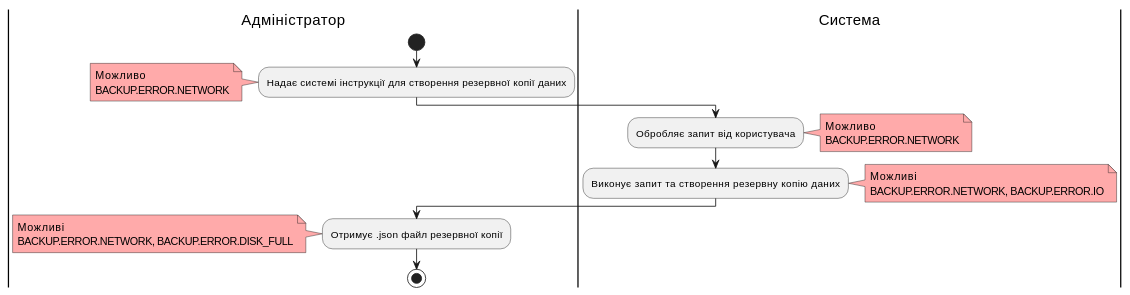
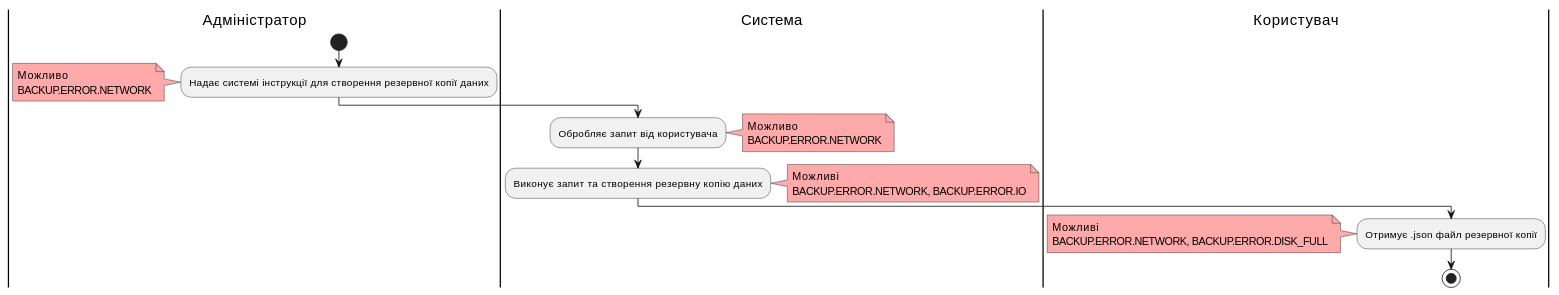
Before and after one commit to yarikkot04/Sup: diagram 21 of 23 in docs/use cases/README.md, drawn with PlantUML. The commit also changed other lines of this file and 1 other file, not shown here.

```diff
--- a/docs/use cases/README.md
+++ b/docs/use cases/README.md
@@ -948,29 +957,29 @@
 @startuml
 
     |Адміністратор|
       start
        :Надає системі інструкції для створення резервної копії даних;
         note left #ffaaaa
         Можливо
         BACKUP.ERROR.NETWORK
         end note
     |Система|
        :Обробляє запит від користувача;
         note right #ffaaaa
         Можливо
         BACKUP.ERROR.NETWORK
         end note
        :Виконує запит та створення резервну копію даних;
         note right #ffaaaa
         Можливі
         BACKUP.ERROR.NETWORK, BACKUP.ERROR.IO
         end note
-    |Адміністратор|
+    |Користувач|
        :Отримує .json файл резервної копії;
         note left #ffaaaa
         Можливі
         BACKUP.ERROR.NETWORK, BACKUP.ERROR.DISK_FULL
         end note
         stop;
         
 @enduml
```
